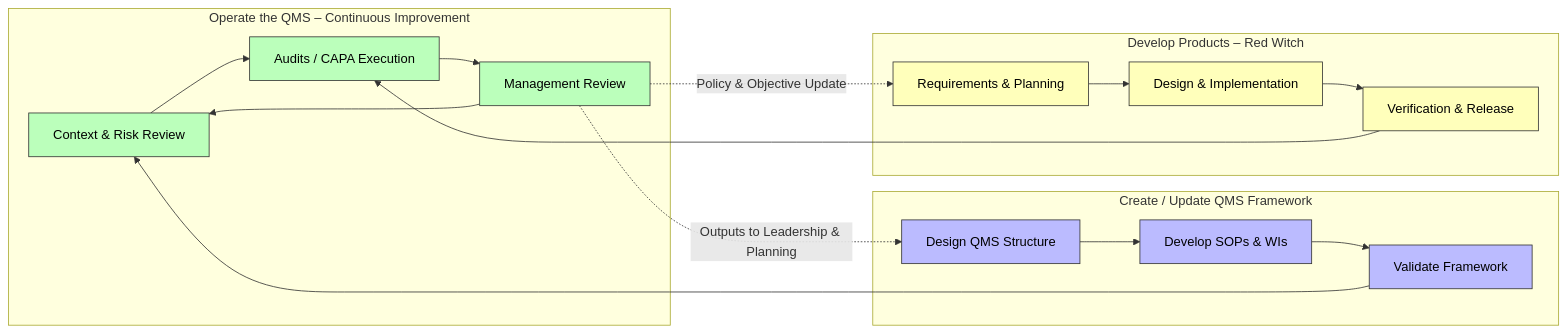
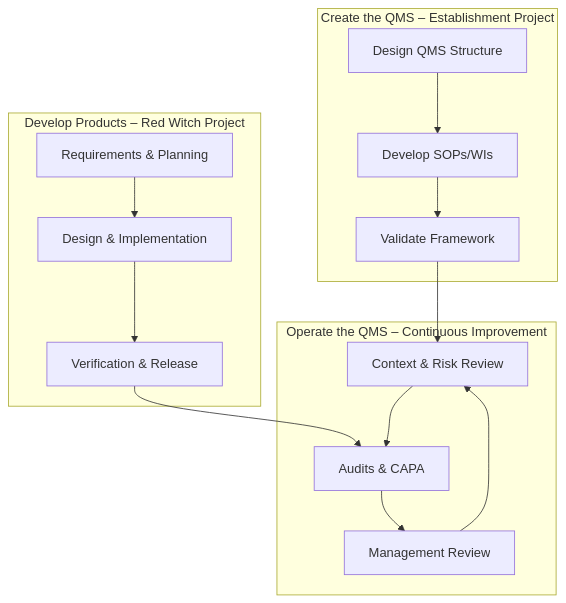
The second of 2 diagrams in QMS/Process-Map.md (Floating-Eye-Software/fley-qms), drawn with Mermaid before and after one commit. The commit also changed other lines of this file and 2 other files, not shown here.

Commit message:
restore previous mermaid diagrams, refs #6

````diff
--- a/QMS/Process-Map.md
+++ b/QMS/Process-Map.md
@@ -100,38 +84,16 @@
 ```mermaid
-flowchart LR
-    %% COLORS
-    classDef qms fill:#bfb,stroke:#333,stroke-width:1px,color:#000;
-    classDef create fill:#bbf,stroke:#333,stroke-width:1px,color:#000;
-    classDef product fill:#ffb,stroke:#333,stroke-width:1px,color:#000;
-
-    %% QMS OPERATION
+flowchart TD
     subgraph Operate[Operate the QMS – Continuous Improvement]
-        A1[Context & Risk Review]
-        A2[Audits / CAPA Execution]
-        A3[Management Review]
-        A1 --> A2 --> A3 --> A1
+        A1[Context & Risk Review] --> A2[Audits & CAPA]
+        A2 --> A3[Management Review]
+        A3 --> A1
     end
-    class A1,A2,A3 qms
-
-    %% QMS CREATION
-    subgraph Create[Create / Update QMS Framework]
-        B1[Design QMS Structure]
-        B2[Develop SOPs & WIs]
-        B3[Validate Framework]
-        B1 --> B2 --> B3 --> A1
+    subgraph Create[Create the QMS – Establishment Project]
+        B1[Design QMS Structure] --> B2[Develop SOPs/WIs] --> B3[Validate Framework]
+        B3 --> A1
     end
-    class B1,B2,B3 create
-
-    %% PRODUCT DEVELOPMENT
-    subgraph Develop[Develop Products – Red Witch]
-        C1[Requirements & Planning]
-        C2[Design & Implementation]
-        C3[Verification & Release]
-        C1 --> C2 --> C3 --> A2
+    subgraph Develop[Develop Products – Red Witch Project]
+        C1[Requirements & Planning] --> C2[Design & Implementation] --> C3[Verification & Release]
+        C3 --> A2
     end
-    class C1,C2,C3 product
-
-    %% CONTINUAL IMPROVEMENT FEEDBACK
-    A3 -.Outputs to Leadership & Planning.-> B1
-    A3 -.Policy & Objective Update.-> C1
 ```
````
